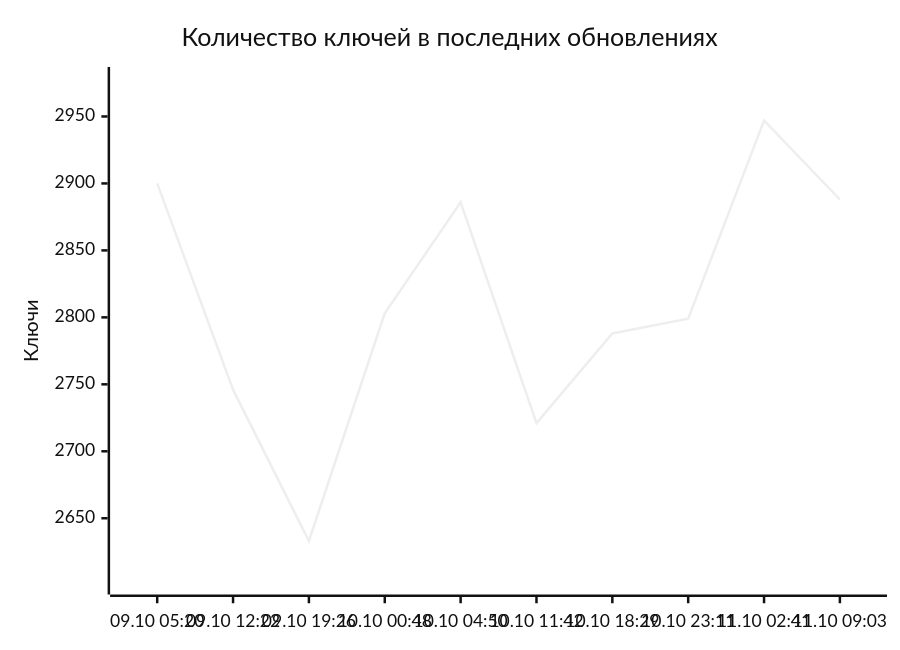
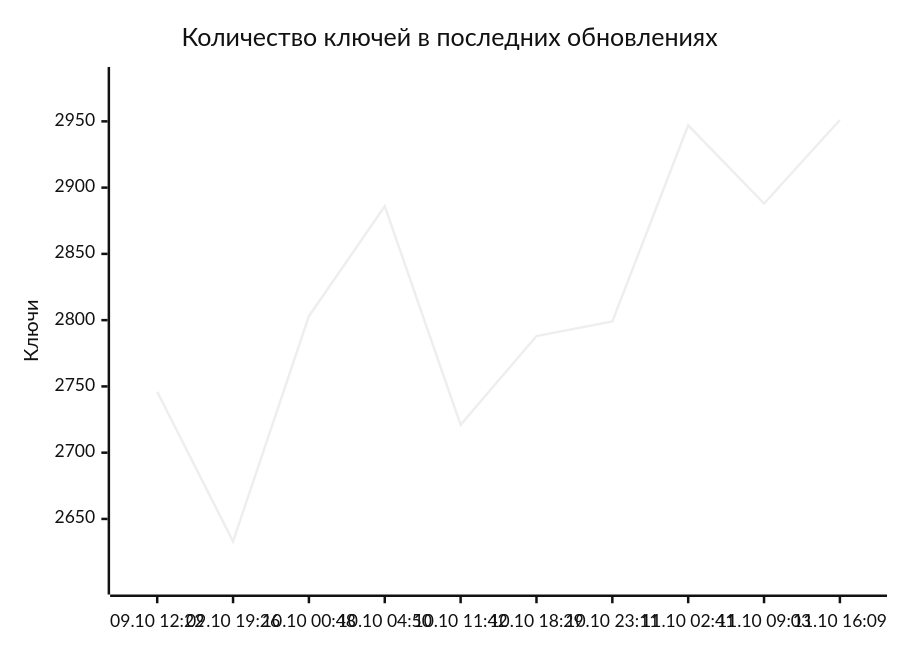
Before and after one commit to markKikhtenko/WireVeil: the diagram in README.md, drawn with Mermaid (neutral theme). The commit also changed other lines of this file and 12 other files, not shown here.

````diff
--- a/README.md
+++ b/README.md
@@ -55,7 +55,7 @@
 ```mermaid
 xychart-beta
     title "Количество ключей в последних обновлениях"
-    x-axis ["09.10 05:20", "09.10 12:22", "09.10 19:26", "10.10 00:48", "10.10 04:50", "10.10 11:42", "10.10 18:29", "10.10 23:11", "11.10 02:41", "11.10 09:03"]
-    y-axis "Ключи" 2601 --> 2979
-    line [2900, 2746, 2633, 2803, 2886, 2721, 2788, 2799, 2947, 2888]
+    x-axis ["09.10 12:22", "09.10 19:26", "10.10 00:48", "10.10 04:50", "10.10 11:42", "10.10 18:29", "10.10 23:11", "11.10 02:41", "11.10 09:03", "11.10 16:09"]
+    y-axis "Ключи" 2601 --> 2983
+    line [2746, 2633, 2803, 2886, 2721, 2788, 2799, 2947, 2888, 2951]
 ```
````
